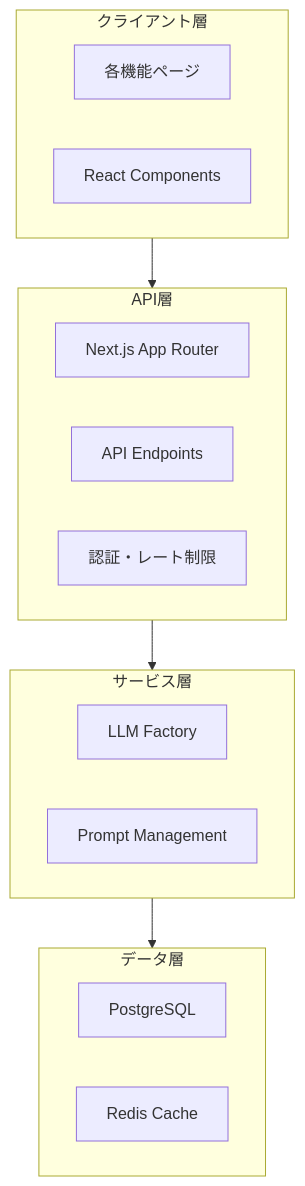
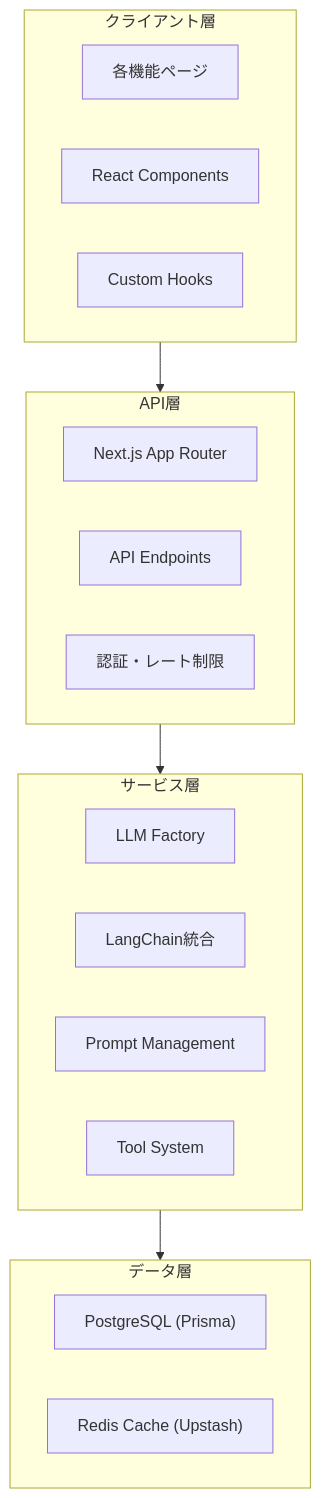
One commit to langcore-org/united-productions-web changed the diagram in docs/specs/architecture/system-architecture.md. Above: the diagram before and after it, drawn with Mermaid. The commit also changed other lines of this file and 11 other files, not shown here.

First line of the commit message:
docs: specs/architecture と specs/api-integration のドキュメントを最新化

````diff
--- a/docs/specs/architecture/system-architecture.md
+++ b/docs/specs/architecture/system-architecture.md
@@ -11,27 +17,30 @@
 ```mermaid
 flowchart TB
     subgraph Client["クライアント層"]
         Pages["各機能ページ"]
         UI["React Components"]
+        Hooks["Custom Hooks"]
     end
     
     subgraph API["API層"]
         Router["Next.js App Router"]
         Endpoints["API Endpoints"]
         Middleware["認証・レート制限"]
     end
     
     subgraph Service["サービス層"]
         LLM["LLM Factory"]
+        LangChain["LangChain統合"]
         Prompts["Prompt Management"]
+        Tools["Tool System"]
     end
     
     subgraph Data["データ層"]
-        DB["PostgreSQL"]
-        Cache["Redis Cache"]
+        DB["PostgreSQL (Prisma)"]
+        Cache["Redis Cache (Upstash)"]
     end
     
     Client --> API
     API --> Service
     Service --> Data
 ```
````
